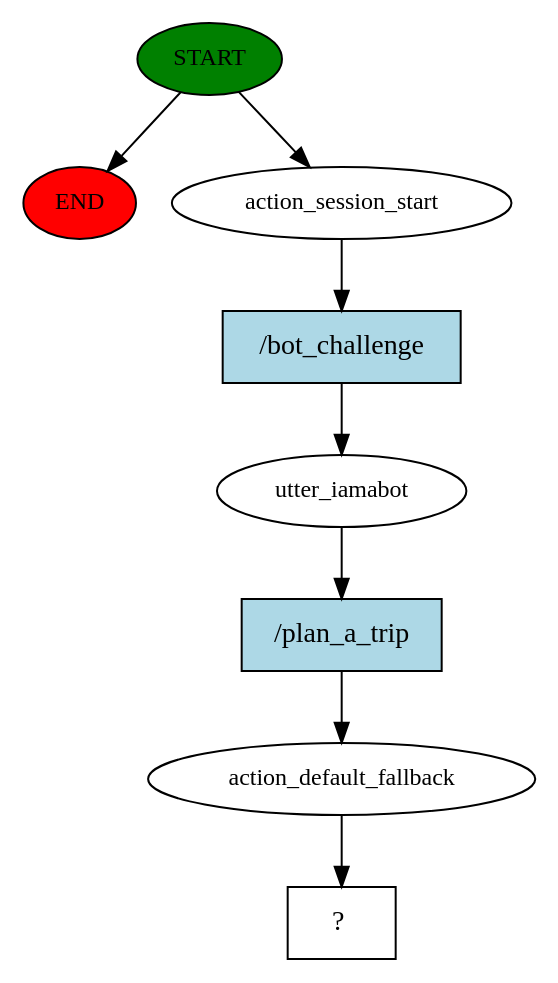
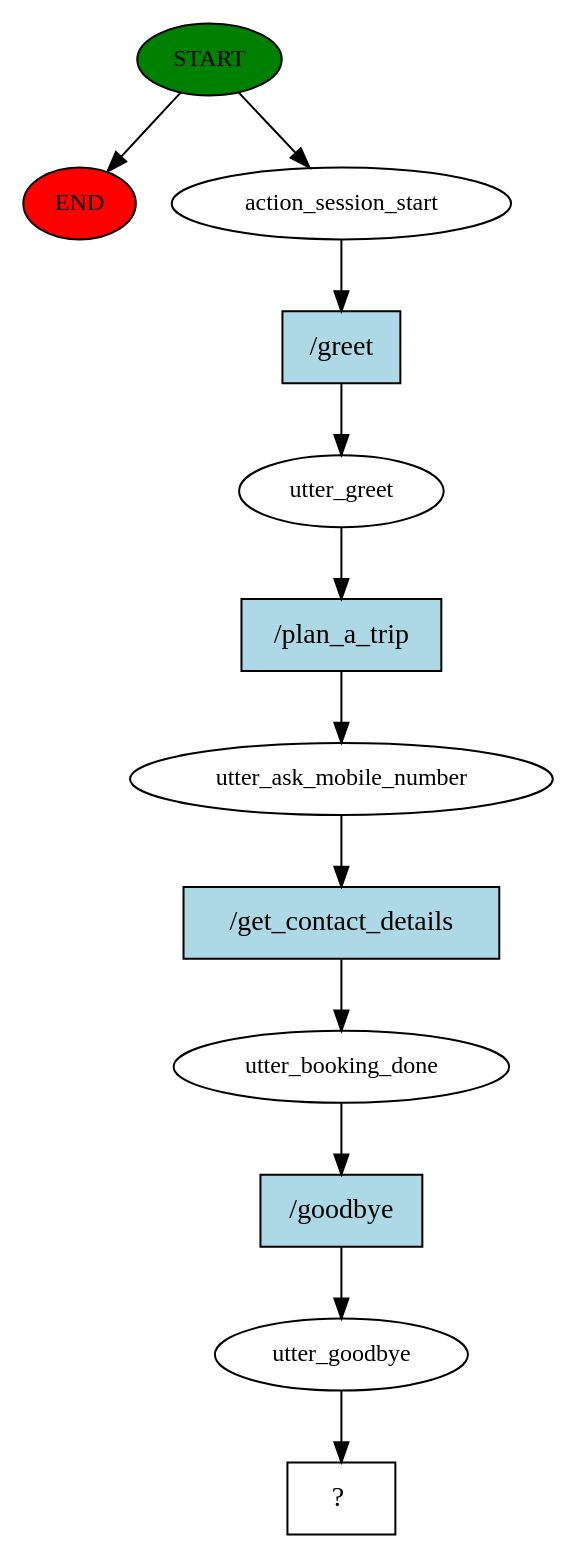
The diagram in story_graph.dot (anchit2000/RasaChatBot), drawn with Graphviz before and after one commit. The commit also changed 4 other files, not shown here.

```diff
--- a/story_graph.dot
+++ b/story_graph.dot
@@ -1,17 +1,25 @@
 digraph  {
 0 [class="start active", fillcolor=green, fontsize=12, label=START, style=filled];
 "-1" [class=end, fillcolor=red, fontsize=12, label=END, style=filled];
 1 [class=active, fontsize=12, label=action_session_start];
-2 [class=active, fontsize=12, label=utter_iamabot];
-3 [class=active, fontsize=12, label=action_default_fallback];
-4 [class="intent dashed active", label="  ?  ", shape=rect];
-5 [class="intent active", fillcolor=lightblue, label="/bot_challenge", shape=rect, style=filled];
-6 [class="intent active", fillcolor=lightblue, label="/plan_a_trip", shape=rect, style=filled];
+2 [class=active, fontsize=12, label=utter_greet];
+3 [class=active, fontsize=12, label=utter_ask_mobile_number];
+4 [class=active, fontsize=12, label=utter_booking_done];
+5 [class=active, fontsize=12, label=utter_goodbye];
+6 [class="intent dashed active", label="  ?  ", shape=rect];
+7 [class="intent active", fillcolor=lightblue, label="/greet", shape=rect, style=filled];
+8 [class="intent active", fillcolor=lightblue, label="/plan_a_trip", shape=rect, style=filled];
+9 [class="intent active", fillcolor=lightblue, label="/get_contact_details", shape=rect, style=filled];
+10 [class="intent active", fillcolor=lightblue, label="/goodbye", shape=rect, style=filled];
 0 -> "-1"  [class="", key=NONE, label=""];
 0 -> 1  [class=active, key=NONE, label=""];
-1 -> 5  [class=active, key=0];
-2 -> 6  [class=active, key=0];
-3 -> 4  [class=active, key=NONE, label=""];
-5 -> 2  [class=active, key=0];
-6 -> 3  [class=active, key=0];
+1 -> 7  [class=active, key=0];
+2 -> 8  [class=active, key=0];
+3 -> 9  [class=active, key=0];
+4 -> 10  [class=active, key=0];
+5 -> 6  [class=active, key=NONE, label=""];
+7 -> 2  [class=active, key=0];
+8 -> 3  [class=active, key=0];
+9 -> 4  [class=active, key=0];
+10 -> 5  [class=active, key=0];
 }
```
